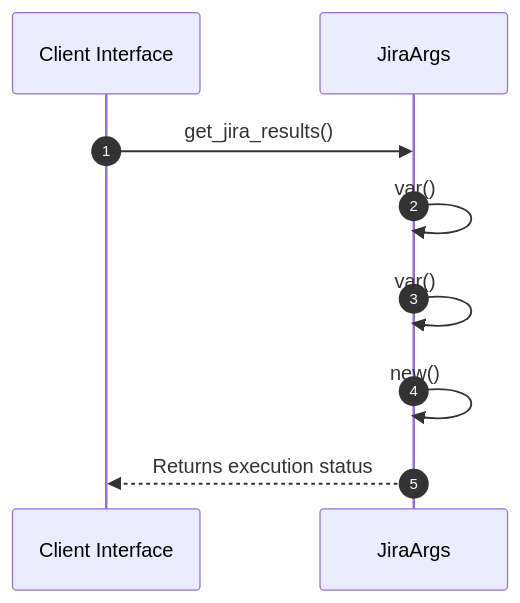
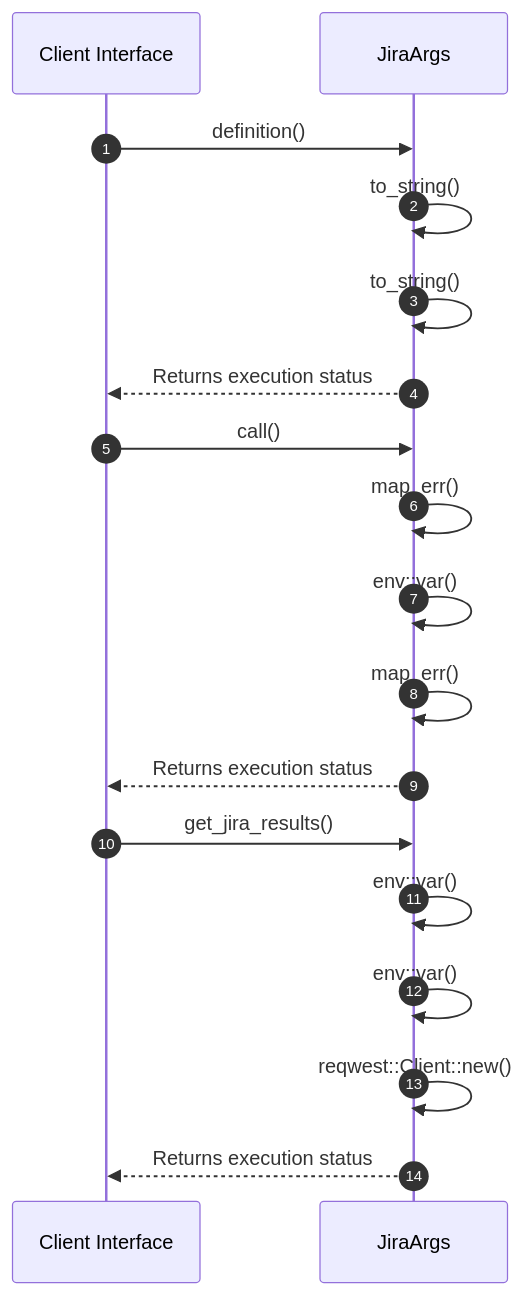
One commit to lgcorzo/fastapi-autogen-team changed the second of 2 diagrams in openwiki/modules/src/infrastructure/tools/jira.md. Above: the diagram before and after it, drawn with Mermaid. The commit also changed other lines of this file and 33 other files, not shown here.

Commit message:
Fix PlantUML syntax, missing diagrams, and link formatting in doc generator

````diff
--- a/openwiki/modules/src/infrastructure/tools/jira.md
+++ b/openwiki/modules/src/infrastructure/tools/jira.md
@@ -44,11 +51,20 @@
 ```mermaid
 sequenceDiagram
     autonumber
     participant Caller as Client Interface
     participant Svc as JiraArgs
+    Caller->>Svc: definition()
+    Svc->>Svc: to_string()
+    Svc->>Svc: to_string()
+    Svc-->>Caller: Returns execution status
+    Caller->>Svc: call()
+    Svc->>Svc: map_err()
+    Svc->>Svc: env::var()
+    Svc->>Svc: map_err()
+    Svc-->>Caller: Returns execution status
     Caller->>Svc: get_jira_results()
-    Svc->>Svc: var()
-    Svc->>Svc: var()
-    Svc->>Svc: new()
+    Svc->>Svc: env::var()
+    Svc->>Svc: env::var()
+    Svc->>Svc: reqwest::Client::new()
     Svc-->>Caller: Returns execution status
 ```
````
